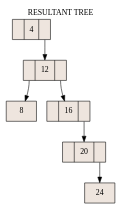
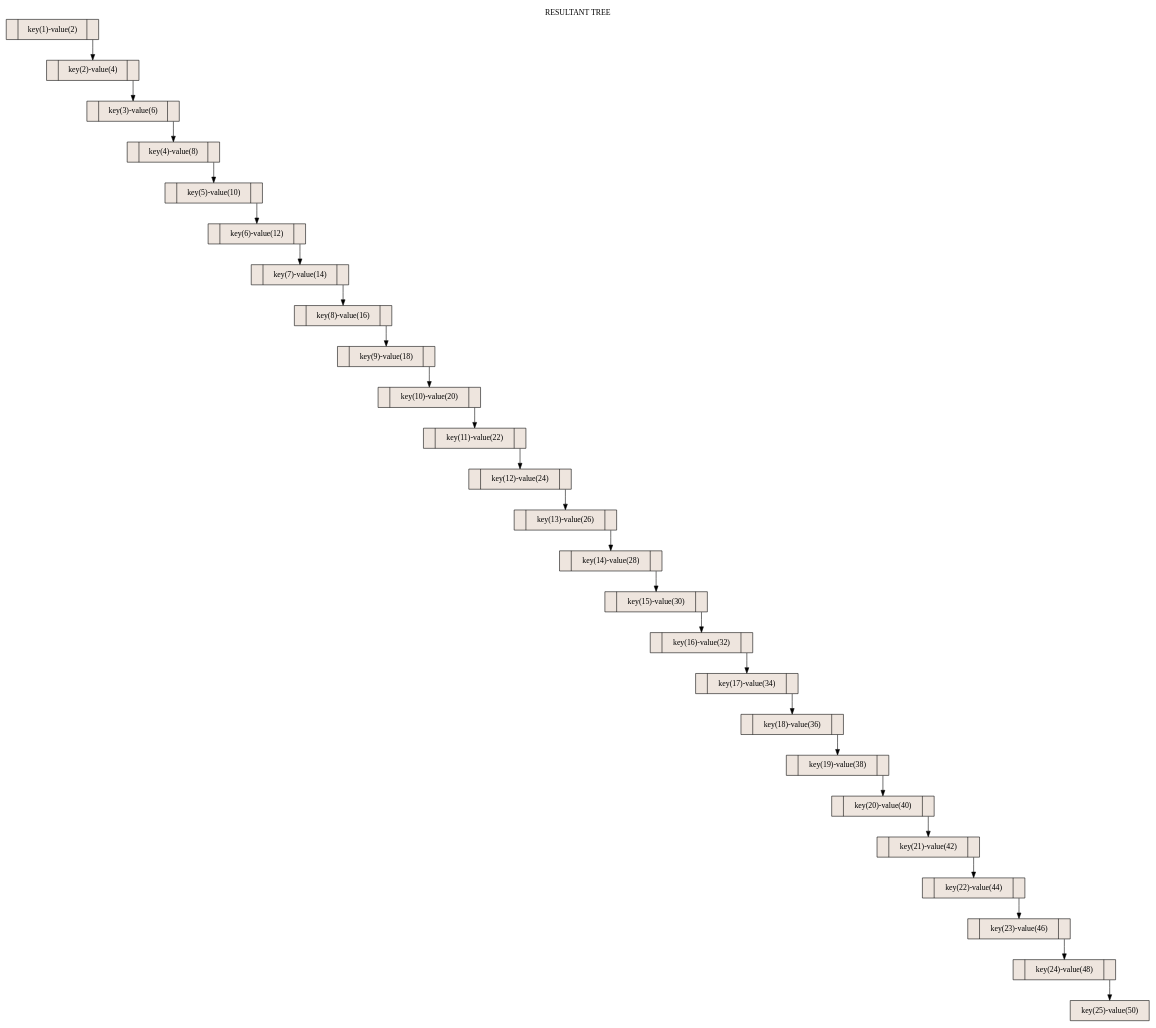
The diagram in GTree.dot (eugeniagiuliodori/LambdaInSets), drawn with Graphviz before and after one commit. The commit also changed 15097 other files, not shown here.

Commit message:
Corrections in the 'remove' and 'graph' methods of BST data structure

```diff
--- a/GTree.dot
+++ b/GTree.dot
@@ -1,16 +1,54 @@
 digraph grafica{
 labelloc="t";label ="RESULTANT TREE
 "rankdir=TB;
 node [shape = record, style=filled, fillcolor=seashell2];
-nodo1 [ label ="<C0>|4|<C1>"];
-nodo3 [ label ="<C0>|12|<C1>"];
-nodo2 [ label ="8"];
-nodo3:C0->nodo2
-nodo4 [ label ="<C0>|16|<C1>"];
-nodo5 [ label ="<C0>|20|<C1>"];
-nodo6 [ label ="24"];
+nodo1 [ label ="<C0>|key(1)-value(2)|<C1>"];
+nodo2 [ label ="<C0>|key(2)-value(4)|<C1>"];
+nodo3 [ label ="<C0>|key(3)-value(6)|<C1>"];
+nodo4 [ label ="<C0>|key(4)-value(8)|<C1>"];
+nodo5 [ label ="<C0>|key(5)-value(10)|<C1>"];
+nodo6 [ label ="<C0>|key(6)-value(12)|<C1>"];
+nodo7 [ label ="<C0>|key(7)-value(14)|<C1>"];
+nodo8 [ label ="<C0>|key(8)-value(16)|<C1>"];
+nodo9 [ label ="<C0>|key(9)-value(18)|<C1>"];
+nodo10 [ label ="<C0>|key(10)-value(20)|<C1>"];
+nodo11 [ label ="<C0>|key(11)-value(22)|<C1>"];
+nodo12 [ label ="<C0>|key(12)-value(24)|<C1>"];
+nodo13 [ label ="<C0>|key(13)-value(26)|<C1>"];
+nodo14 [ label ="<C0>|key(14)-value(28)|<C1>"];
+nodo15 [ label ="<C0>|key(15)-value(30)|<C1>"];
+nodo16 [ label ="<C0>|key(16)-value(32)|<C1>"];
+nodo17 [ label ="<C0>|key(17)-value(34)|<C1>"];
+nodo18 [ label ="<C0>|key(18)-value(36)|<C1>"];
+nodo19 [ label ="<C0>|key(19)-value(38)|<C1>"];
+nodo20 [ label ="<C0>|key(20)-value(40)|<C1>"];
+nodo21 [ label ="<C0>|key(21)-value(42)|<C1>"];
+nodo22 [ label ="<C0>|key(22)-value(44)|<C1>"];
+nodo23 [ label ="<C0>|key(23)-value(46)|<C1>"];
+nodo24 [ label ="<C0>|key(24)-value(48)|<C1>"];
+nodo25 [ label ="key(25)-value(50)"];
+nodo24:C1->nodo25
+nodo23:C1->nodo24
+nodo22:C1->nodo23
+nodo21:C1->nodo22
+nodo20:C1->nodo21
+nodo19:C1->nodo20
+nodo18:C1->nodo19
+nodo17:C1->nodo18
+nodo16:C1->nodo17
+nodo15:C1->nodo16
+nodo14:C1->nodo15
+nodo13:C1->nodo14
+nodo12:C1->nodo13
+nodo11:C1->nodo12
+nodo10:C1->nodo11
+nodo9:C1->nodo10
+nodo8:C1->nodo9
+nodo7:C1->nodo8
+nodo6:C1->nodo7
 nodo5:C1->nodo6
 nodo4:C1->nodo5
 nodo3:C1->nodo4
-nodo1:C1->nodo3
+nodo2:C1->nodo3
+nodo1:C1->nodo2
 }
```
